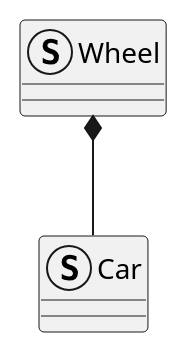
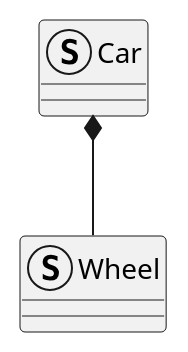
One commit to eclipse-score/tooling changed the diagram in validation/core/integration_test/class_design_implementation/negative_relationship_missing_with_suggestion/class_diagram.puml. Above: the diagram before and after it, drawn with PlantUML. The commit also changed 19 other files, not shown here.

First line of the commit message:
fix(plantuml): correct composition and aggregation direction

```diff
--- a/validation/core/integration_test/class_design_implementation/negative_relationship_missing_with_suggestion/class_diagram.puml
+++ b/validation/core/integration_test/class_design_implementation/negative_relationship_missing_with_suggestion/class_diagram.puml
@@ -14,8 +14,8 @@
 @startuml
 
 struct Wheel
 struct Car
 
-Wheel *-- Car
+Car *-- Wheel
 
 @enduml
```
